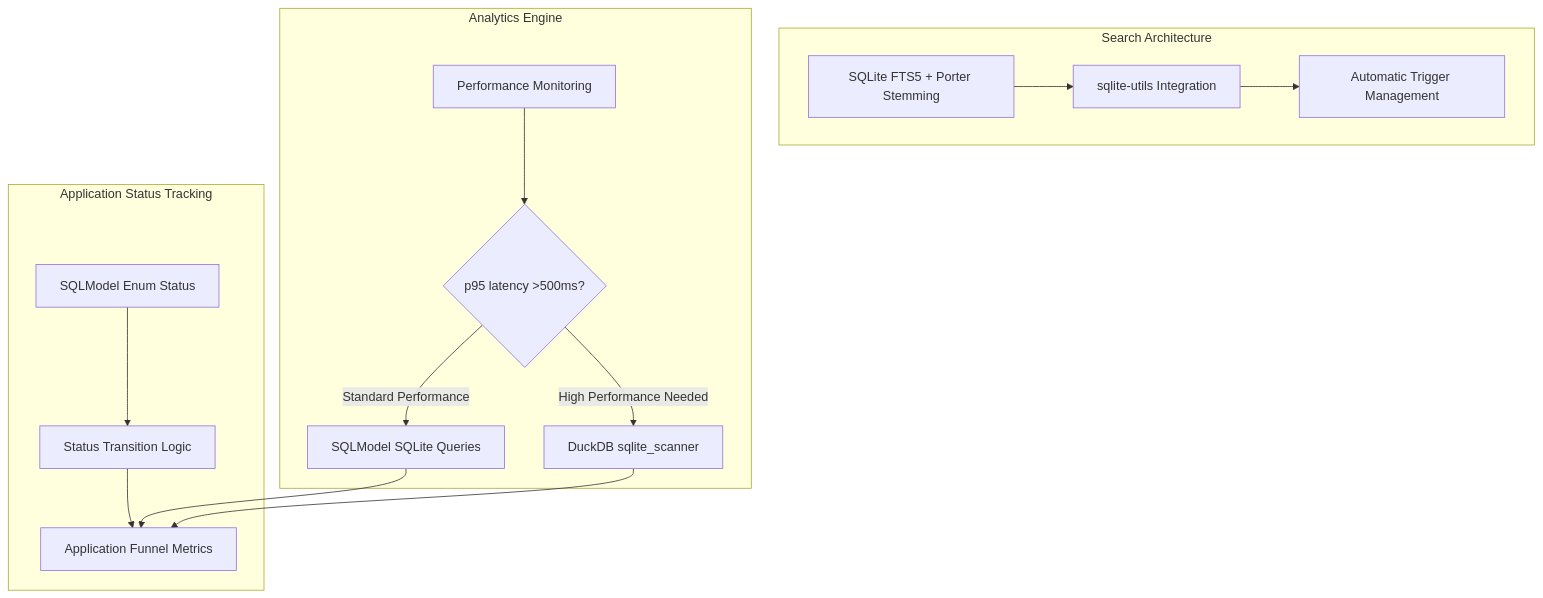
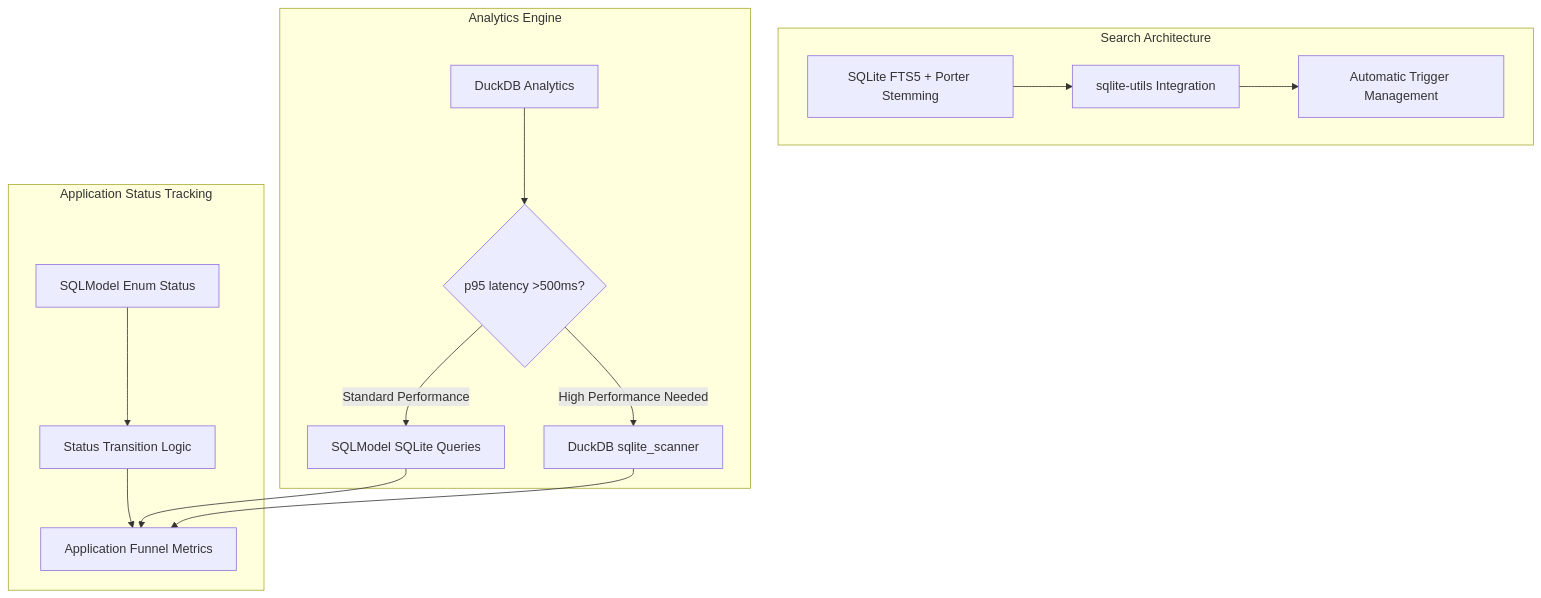
Before and after one commit to BjornMelin/ai-job-scraper: the sixth of 8 diagrams in docs/adrs/ARCHITECTURE_OVERVIEW.md, drawn with Mermaid. The commit also changed other lines of this file and 12 other files, not shown here.

First line of the commit message:
feat(docs): update README and PRD for DuckDB analytics and cost monitoring

````diff
--- a/docs/adrs/ARCHITECTURE_OVERVIEW.md
+++ b/docs/adrs/ARCHITECTURE_OVERVIEW.md
@@ -242,29 +242,29 @@
 ```mermaid
 graph TB
     subgraph "Search Architecture"
         A[SQLite FTS5 + Porter Stemming]
         B[sqlite-utils Integration]
         C[Automatic Trigger Management]
     end
     
     subgraph "Analytics Engine"
-        D[Performance Monitoring]
+        D[DuckDB Analytics]
         E{"p95 latency >500ms?"}
         F[SQLModel SQLite Queries]
         G[DuckDB sqlite_scanner]
     end
     
     subgraph "Application Status Tracking"
         H[SQLModel Enum Status]
         I[Status Transition Logic]
         J[Application Funnel Metrics]
     end
     
     A --> B --> C
     D --> E
     E -->|Standard Performance| F
     E -->|High Performance Needed| G
     H --> I --> J
     F --> J
     G --> J
 ```
````
